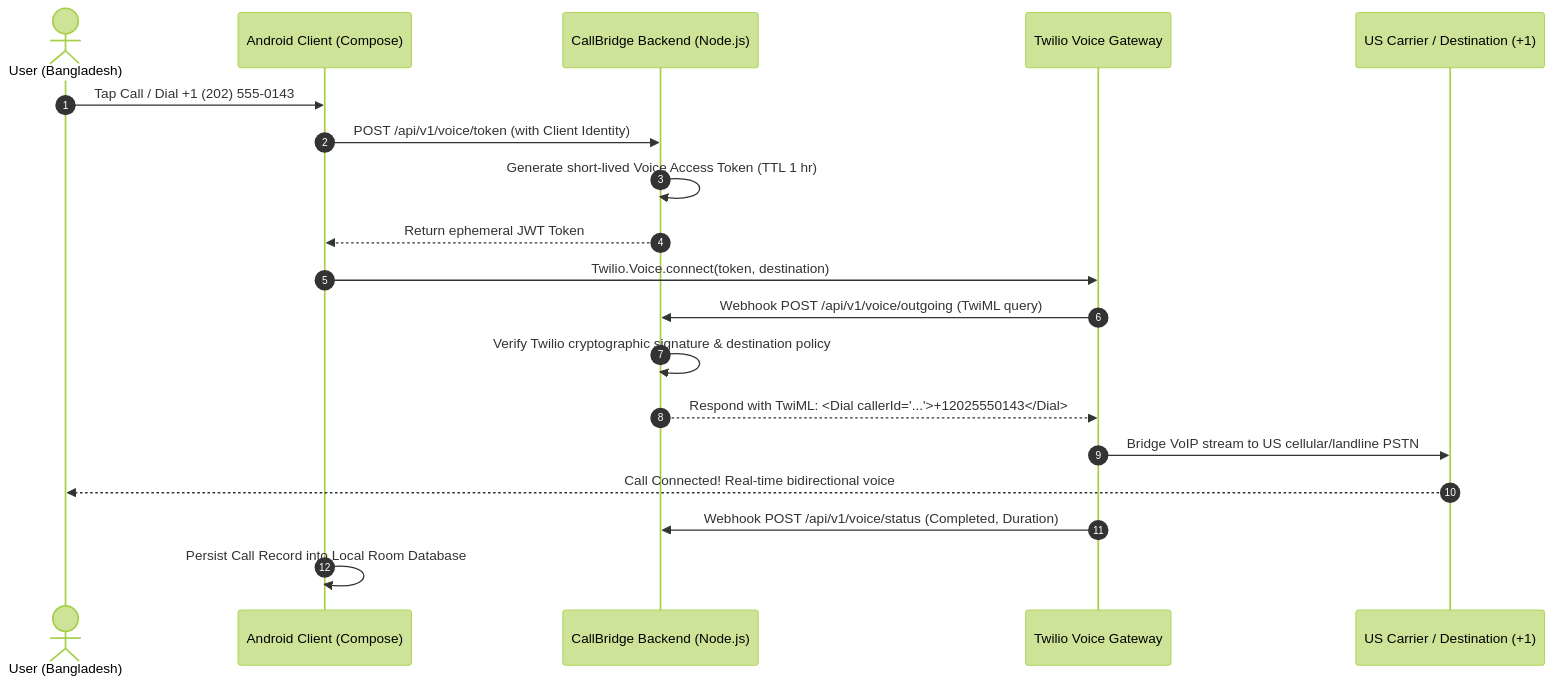
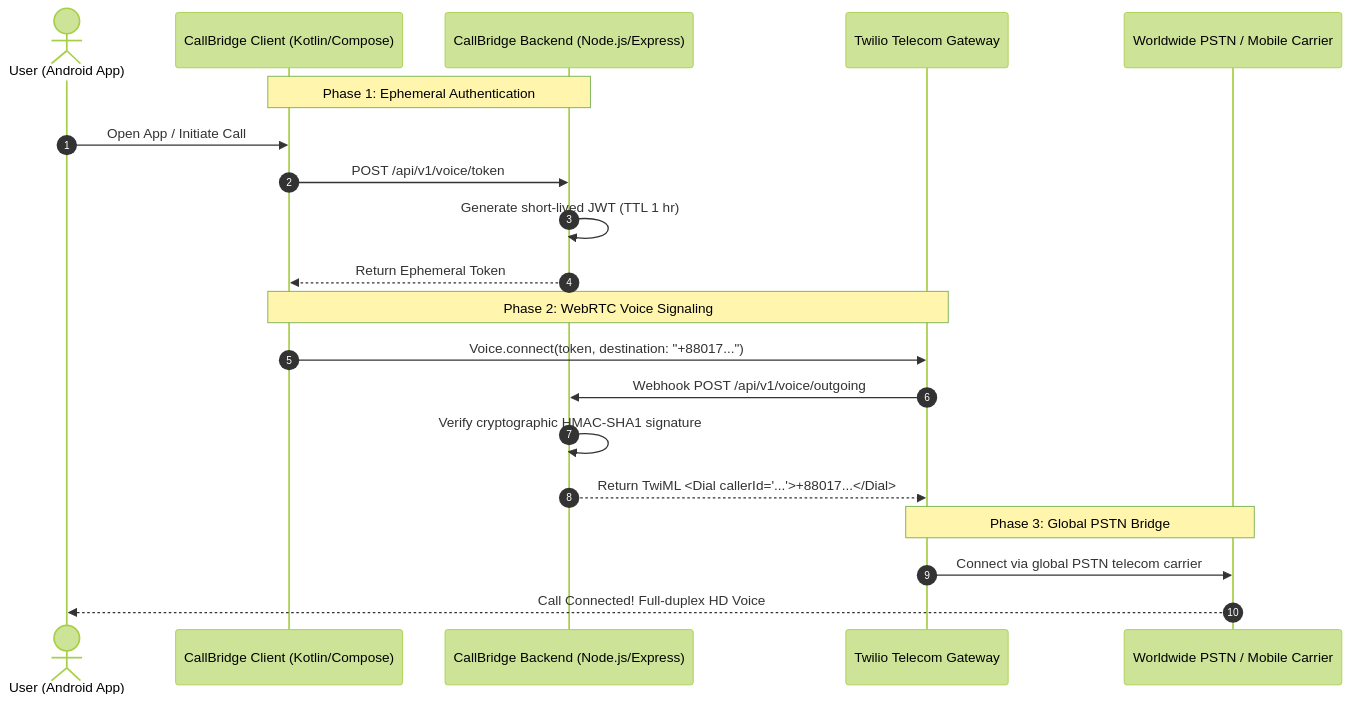
The diagram in README.md (0xmcr/CallBridge), drawn with Mermaid (forest theme) before and after one commit. The commit also changed other lines of this file and 4 other files, not shown here.

````diff
--- a/README.md
+++ b/README.md
@@ -52,22 +69,25 @@
 ```mermaid
 sequenceDiagram
     autonumber
-    actor User as User (Bangladesh)
-    participant App as Android Client (Compose)
-    participant Srv as CallBridge Backend (Node.js)
-    participant Twilio as Twilio Voice Gateway
-    participant PSTN as US Carrier / Destination (+1)
+    actor User as User (Android App)
+    participant Client as CallBridge Client (Kotlin/Compose)
+    participant Server as CallBridge Backend (Node.js/Express)
+    participant Twilio as Twilio Telecom Gateway
+    participant Carrier as Worldwide PSTN / Mobile Carrier
 
-    User->>App: Tap Call / Dial +1 (202) 555-0143
-    App->>Srv: POST /api/v1/voice/token (with Client Identity)
-    Srv->>Srv: Generate short-lived Voice Access Token (TTL 1 hr)
-    Srv-->>App: Return ephemeral JWT Token
-    App->>Twilio: Twilio.Voice.connect(token, destination)
-    Twilio->>Srv: Webhook POST /api/v1/voice/outgoing (TwiML query)
-    Srv->>Srv: Verify Twilio cryptographic signature & destination policy
-    Srv-->>Twilio: Respond with TwiML: <Dial callerId="...">+12025550143</Dial>
-    Twilio->>PSTN: Bridge VoIP stream to US cellular/landline PSTN
-    PSTN-->>User: Call Connected! Real-time bidirectional voice
-    Twilio->>Srv: Webhook POST /api/v1/voice/status (Completed, Duration)
-    App->>App: Persist Call Record into Local Room Database
+    Note over Client,Server: Phase 1: Ephemeral Authentication
+    User->>Client: Open App / Initiate Call
+    Client->>Server: POST /api/v1/voice/token
+    Server->>Server: Generate short-lived JWT (TTL 1 hr)
+    Server-->>Client: Return Ephemeral Token
+
+    Note over Client,Twilio: Phase 2: WebRTC Voice Signaling
+    Client->>Twilio: Voice.connect(token, destination: "+88017...")
+    Twilio->>Server: Webhook POST /api/v1/voice/outgoing
+    Server->>Server: Verify cryptographic HMAC-SHA1 signature
+    Server-->>Twilio: Return TwiML <Dial callerId="...">+88017...</Dial>
+
+    Note over Twilio,Carrier: Phase 3: Global PSTN Bridge
+    Twilio->>Carrier: Connect via global PSTN telecom carrier
+    Carrier-->>User: Call Connected! Full-duplex HD Voice
 ```
````
